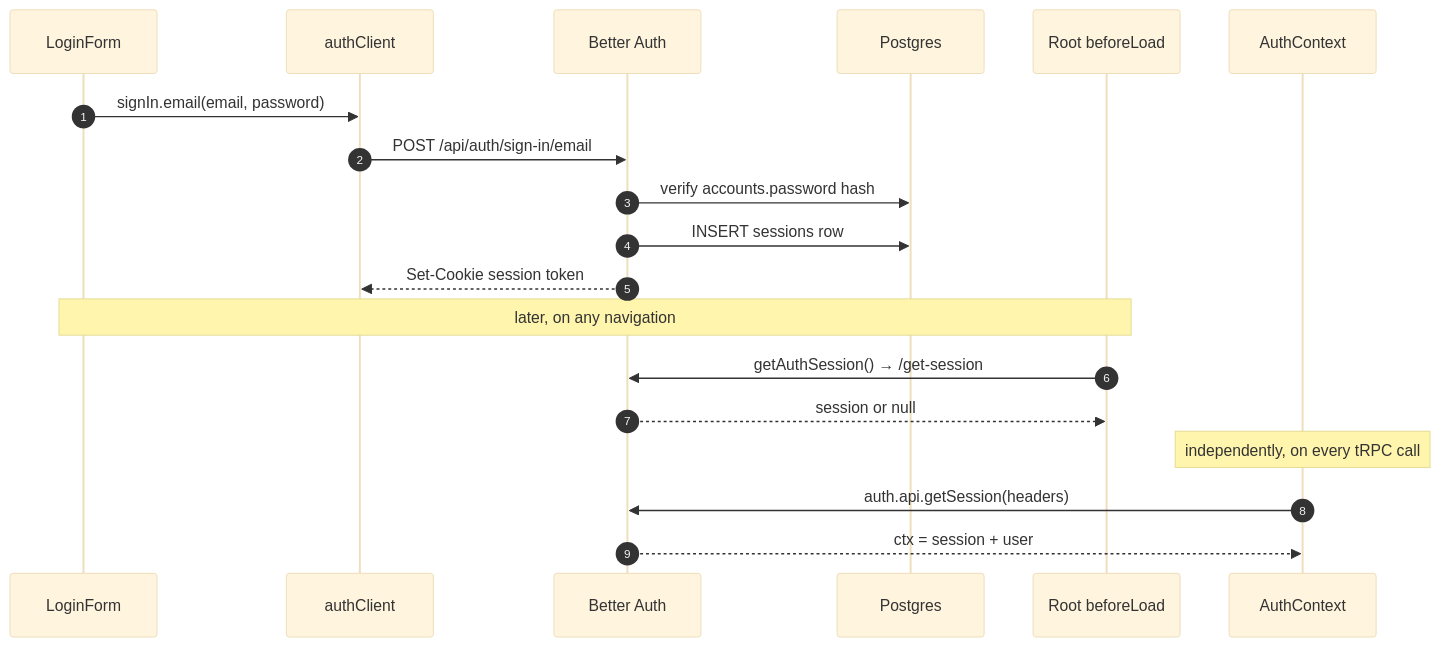
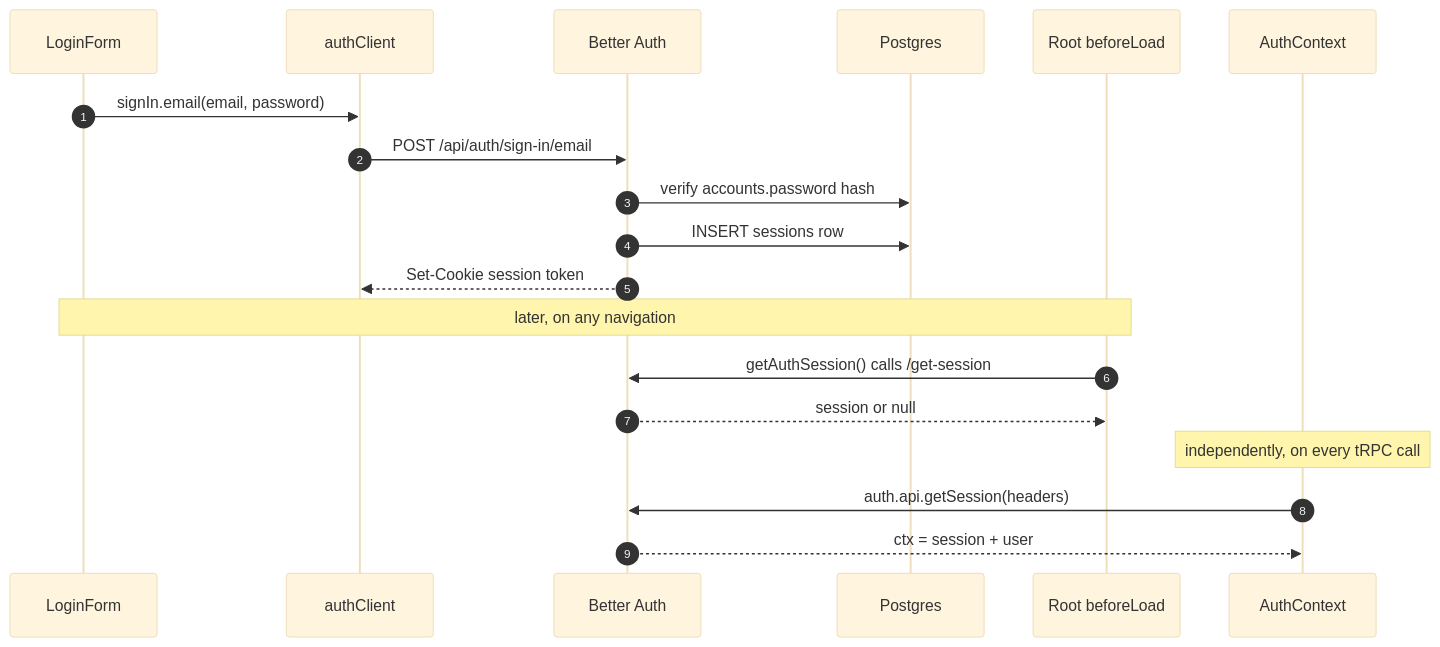
The third of 6 diagrams in docs/ARCHITECTURE_TOUR.md (DidiWalakutty/Transcendence), drawn with Mermaid (base theme) before and after one commit. The commit also changed other lines of this file and 1 other file, not shown here.

````diff
--- a/docs/ARCHITECTURE_TOUR.md
+++ b/docs/ARCHITECTURE_TOUR.md
@@ -289,22 +287,22 @@
 ```mermaid
 sequenceDiagram
     autonumber
     participant LF as LoginForm
     participant AC as authClient
     participant BA as Better Auth
     participant PG as Postgres
     participant RR as Root beforeLoad
     participant AX as AuthContext
 
     LF->>AC: signIn.email(email, password)
     AC->>BA: POST /api/auth/sign-in/email
     BA->>PG: verify accounts.password hash
     BA->>PG: INSERT sessions row
     BA-->>AC: Set-Cookie session token
     Note over LF,RR: later, on any navigation
-    RR->>BA: getAuthSession() → /get-session
+    RR->>BA: getAuthSession() calls /get-session
     BA-->>RR: session or null
     Note over AX: independently, on every tRPC call
     AX->>BA: auth.api.getSession(headers)
     BA-->>AX: ctx = session + user
 ```
````
